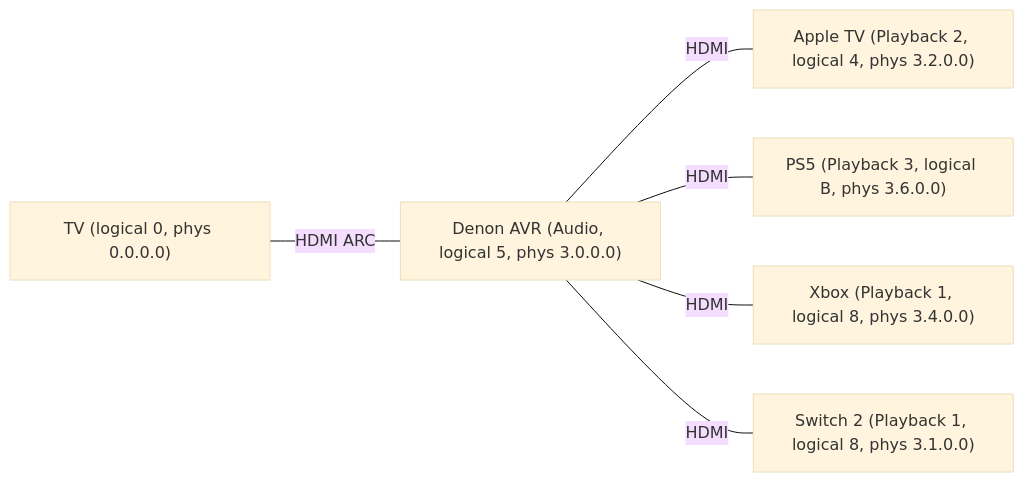
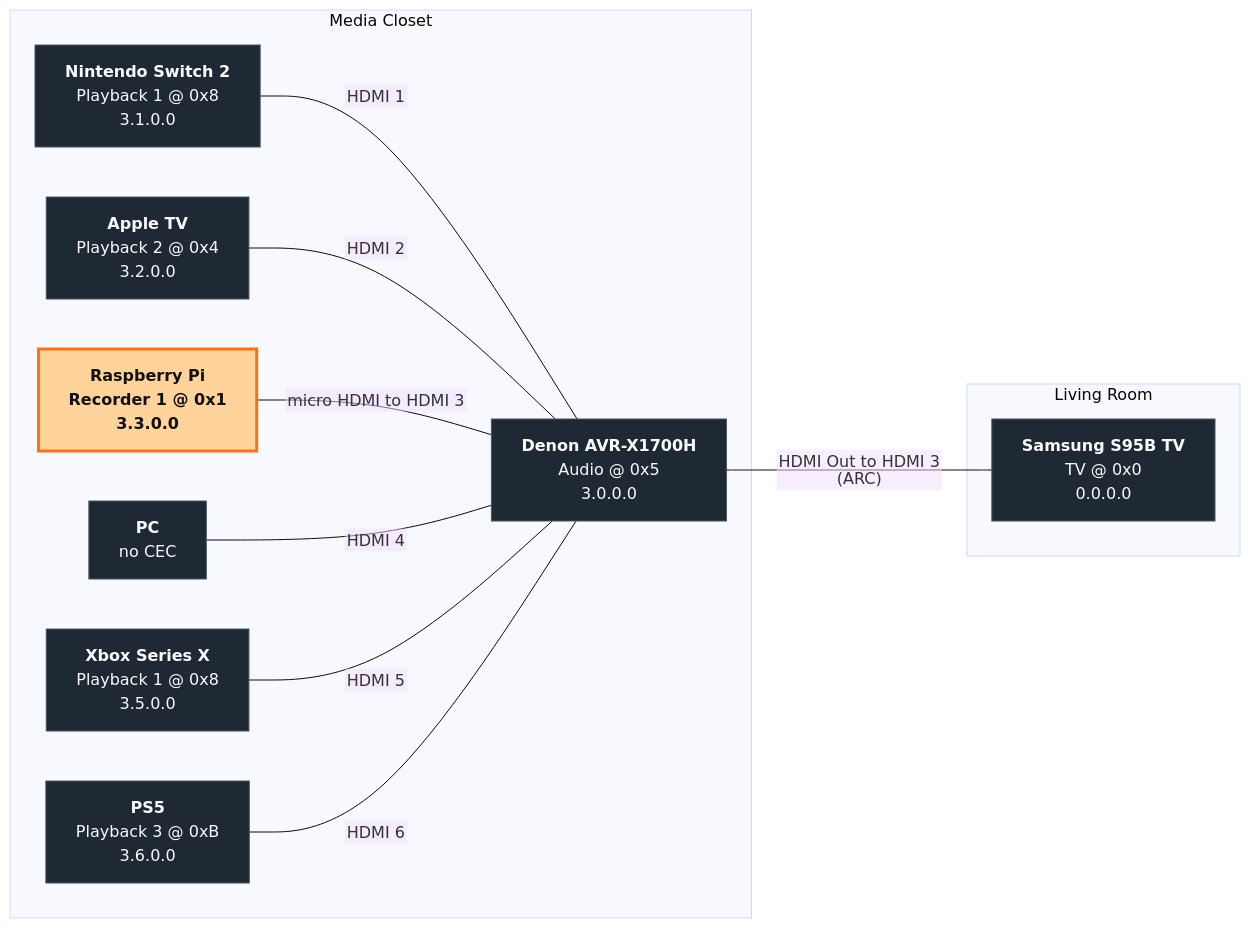
Before and after one commit to jlian/jlian.co: the first of 2 diagrams in content/posts/hdmi-cec.md, drawn with Mermaid (base theme). The commit also changed other lines of this file, not shown here.

Commit message:
Add diagram, correct some mistakes

````diff
--- a/content/posts/hdmi-cec.md
+++ b/content/posts/hdmi-cec.md
@@ -42,15 +59,43 @@
 ```mermaid
-graph LR
-  TV["TV (logical 0, phys 0.0.0.0)"]
-  AVR["Denon AVR (Audio, logical 5, phys 3.0.0.0)"]
-  ATV["Apple TV (Playback 2, logical 4, phys 3.2.0.0)"]
-  PS5["PS5 (Playback 3, logical B, phys 3.6.0.0)"]
-  SW["Switch 2 (Playback 1, logical 8, phys 3.1.0.0)"]
-  XBOX["Xbox (Playback 1, logical 8, phys 3.4.0.0)"]
+---
+config:
+  flowchart:
+    htmlLabels: false
+---
+flowchart LR
+  classDef pi fill:#ffd399,stroke:#f97316,stroke-width:3px,color:#111,font-weight:bold;
+  classDef misc fill:#1f2933,stroke:#4b5563,color:#f8fafc;
 
-  TV ---|HDMI ARC| AVR
-  AVR ---|HDMI| ATV
-  AVR ---|HDMI| PS5
-  AVR ---|HDMI| XBOX
-  AVR ---|HDMI| SW
+  subgraph Media Closet
+    SW["`**Nintendo Switch 2**
+    Playback 1 @ 0x8
+    3.1.0.0`"]-- HDMI 1 ---AVR
+    ATV["`**Apple TV**
+    Playback 2 @ 0x4
+    3.2.0.0`"]-- HDMI 2 ---AVR
+    PI["`**Raspberry Pi**
+    Recorder 1 @ 0x1
+    3.3.0.0`"]-- micro HDMI to HDMI 3 ---AVR
+    PC["`**PC**
+    no CEC`"]-- HDMI 4 ---AVR
+    XBOX["`**Xbox Series X**
+    Playback 1 @ 0x8
+    3.5.0.0`"]-- HDMI 5 ---AVR
+    PS5["`**PS5**
+    Playback 3 @ 0xB
+    3.6.0.0`"]-- HDMI 6 ---AVR
+  end
+
+  subgraph Living Room
+    TV["`**Samsung S95B TV**
+    TV @ 0x0
+    0.0.0.0`"]
+  end
+
+  AVR["`**Denon AVR-X1700H**
+  Audio @ 0x5
+  3.0.0.0`"]-- HDMI Out to HDMI 3 (ARC) ---TV
+
+  class AVR,TV,SW,ATV,PC,XBOX,PS5 misc;
+  class PI pi;
 ```
````
